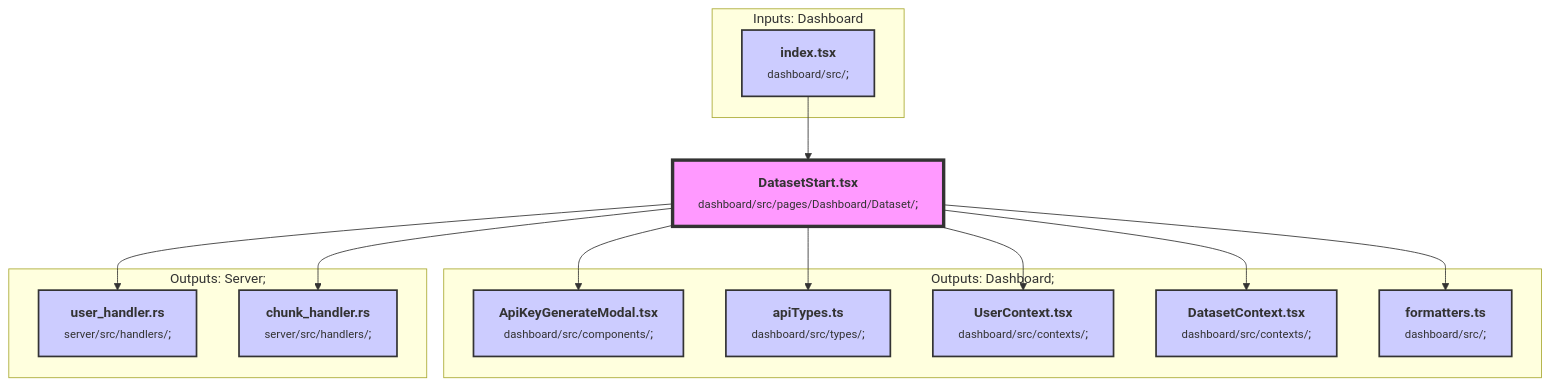
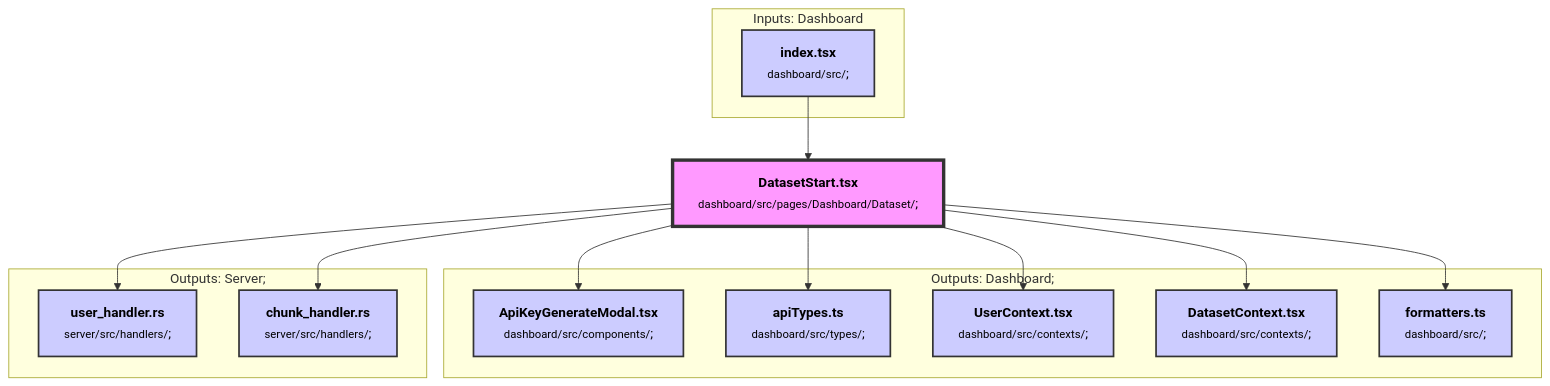
The diagram in README.md (liam-prevelige/trieve), drawn with Mermaid before and after one commit.

Commit message:
update diagram

````diff
--- a/README.md
+++ b/README.md
@@ -5,28 +5,28 @@
 ```mermaid
 graph TD;
-    classDef mainNode fill:#f9f,stroke:#333,stroke-width:4px;
-classDef otherNode fill:#ccf,stroke:#333,stroke-width:2px;
+    classDef mainNode fill:#f9f,stroke:#333,stroke-width:4px,color:black;
+classDef otherNode fill:#ccf,stroke:#333,stroke-width:2px,color:black;
 3153979318["<b>DatasetStart.tsx</b><br/><small>dashboard/src/pages/Dashboard/Dataset/</small>;"]:::mainNode;
 subgraph "Inputs: Dashboard"
     823481955["<b>index.tsx</b><br/><small>dashboard/src/</small>;"]:::otherNode;
 end;
 823481955 --> 3153979318;
 subgraph "Outputs: Dashboard;"
     1088935568["<b>apiTypes.ts</b><br/><small>dashboard/src/types/</small>;"]:::otherNode;
     1137686434["<b>UserContext.tsx</b><br/><small>dashboard/src/contexts/</small>;"]:::otherNode;
     2613122857["<b>DatasetContext.tsx</b><br/><small>dashboard/src/contexts/</small>;"]:::otherNode;
     730599621["<b>ApiKeyGenerateModal.tsx</b><br/><small>dashboard/src/components/</small>;"]:::otherNode;
     3300477352["<b>formatters.ts</b><br/><small>dashboard/src/</small>;"]:::otherNode;
 end;
     3153979318 --> 1088935568;
     3153979318 --> 1137686434;
     3153979318 --> 2613122857;
     3153979318 --> 730599621;
     3153979318 --> 3300477352;
 subgraph "Outputs: Server;"
     3745647460["<b>chunk_handler.rs</b><br/><small>server/src/handlers/</small>;"]:::otherNode;
     953673172["<b>user_handler.rs</b><br/><small>server/src/handlers/</small>;"]:::otherNode;
 end;
     3153979318 --> 3745647460;
     3153979318 --> 953673172;
 ```
````
